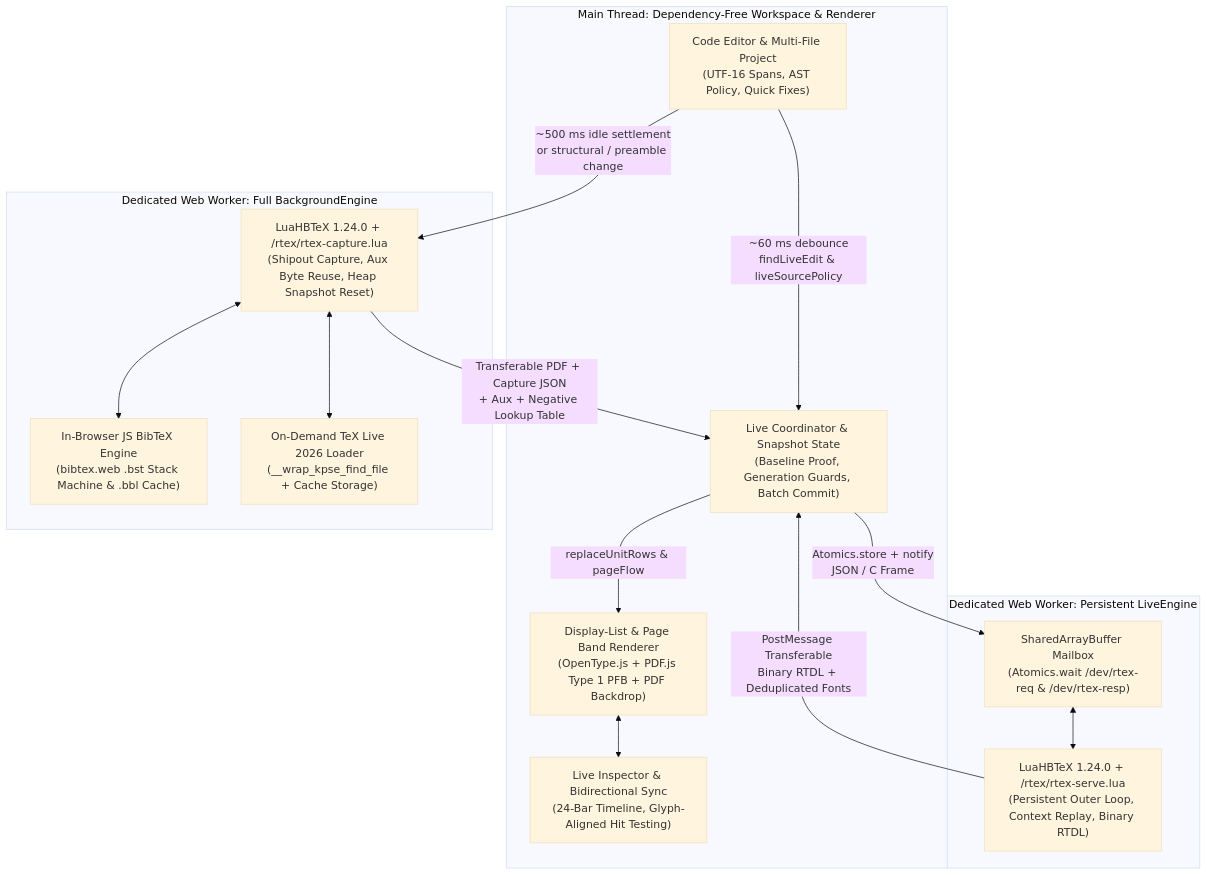
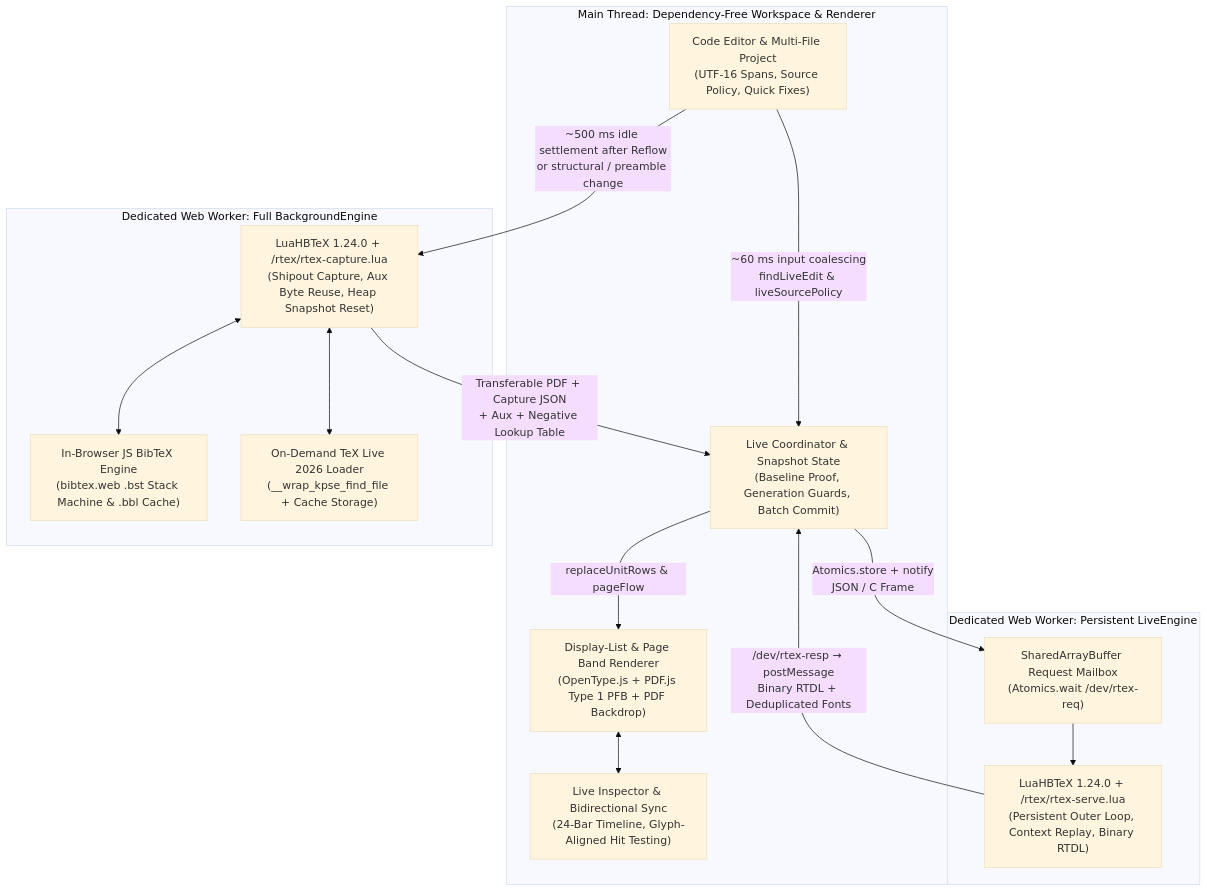
Before and after one commit to CodeBoy2006/LightningTeX: the diagram in README.md, drawn with Mermaid (base theme). The commit also changed other lines of this file and 10 other files, not shown here.

````diff
--- a/README.md
+++ b/README.md
@@ -59,32 +59,32 @@
 ```mermaid
 flowchart TB
   subgraph UI["Main Thread: Dependency-Free Workspace & Renderer"]
-    Editor["Code Editor & Multi-File Project\n(UTF-16 Spans, AST Policy, Quick Fixes)"]
+    Editor["Code Editor & Multi-File Project\n(UTF-16 Spans, Source Policy, Quick Fixes)"]
     Coordinator["Live Coordinator & Snapshot State\n(Baseline Proof, Generation Guards, Batch Commit)"]
     Canvas["Display-List & Page Band Renderer\n(OpenType.js + PDF.js Type 1 PFB + PDF Backdrop)"]
     Inspector["Live Inspector & Bidirectional Sync\n(24-Bar Timeline, Glyph-Aligned Hit Testing)"]
   end
 
   subgraph Live["Dedicated Web Worker: Persistent LiveEngine"]
-    Mailbox["SharedArrayBuffer Mailbox\n(Atomics.wait /dev/rtex-req & /dev/rtex-resp)"]
+    Mailbox["SharedArrayBuffer Request Mailbox\n(Atomics.wait /dev/rtex-req)"]
     Serve["LuaHBTeX 1.24.0 + /rtex/rtex-serve.lua\n(Persistent Outer Loop, Context Replay, Binary RTDL)"]
   end
 
   subgraph Bg["Dedicated Web Worker: Full BackgroundEngine"]
     FullTeX["LuaHBTeX 1.24.0 + /rtex/rtex-capture.lua\n(Shipout Capture, Aux Byte Reuse, Heap Snapshot Reset)"]
     JSBib["In-Browser JS BibTeX Engine\n(bibtex.web .bst Stack Machine & .bbl Cache)"]
     PkgCache["On-Demand TeX Live 2026 Loader\n(__wrap_kpse_find_file + Cache Storage)"]
   end
 
-  Editor -->|"~60 ms debounce\nfindLiveEdit & liveSourcePolicy"| Coordinator
+  Editor -->|"~60 ms input coalescing\nfindLiveEdit & liveSourcePolicy"| Coordinator
   Coordinator -->|"Atomics.store + notify\nJSON / C Frame"| Mailbox
-  Mailbox <--> Serve
-  Serve -->|"PostMessage Transferable\nBinary RTDL + Deduplicated Fonts"| Coordinator
+  Mailbox --> Serve
+  Serve -->|"/dev/rtex-resp → postMessage\nBinary RTDL + Deduplicated Fonts"| Coordinator
   Coordinator -->|"replaceUnitRows & pageFlow"| Canvas
   Canvas <--> Inspector
 
-  Editor -->|"~500 ms idle settlement\nor structural / preamble change"| FullTeX
+  Editor -->|"~500 ms idle settlement after Reflow\nor structural / preamble change"| FullTeX
   FullTeX <--> JSBib
   FullTeX <--> PkgCache
   FullTeX -->|"Transferable PDF + Capture JSON\n+ Aux + Negative Lookup Table"| Coordinator
 ```
````
